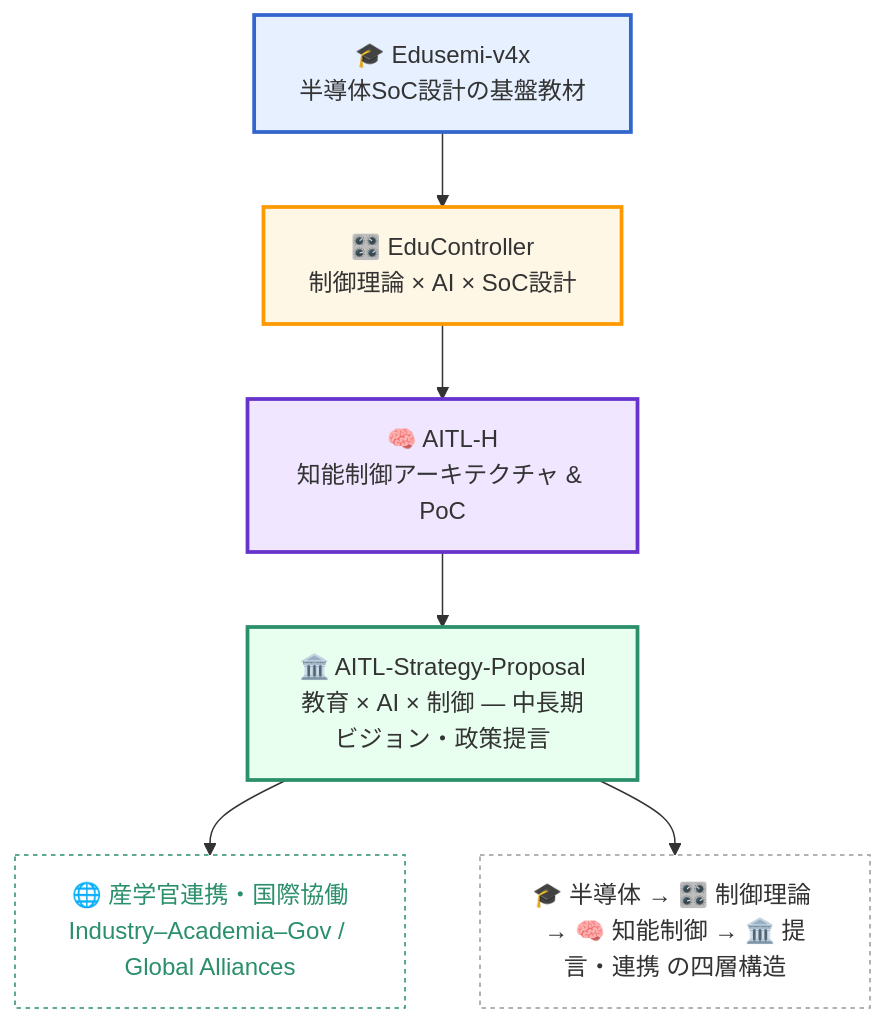
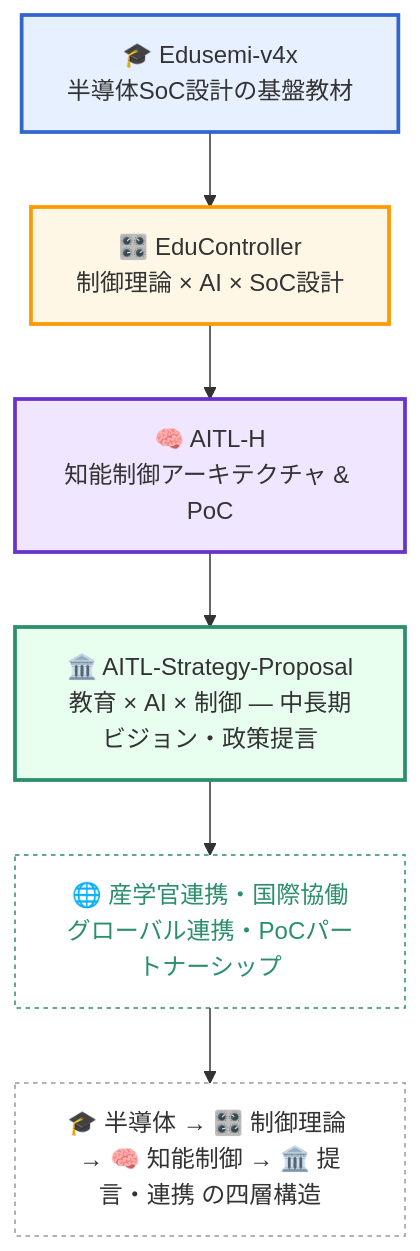
The diagram in index.md (Samizo-AITL/Samizo-AITL.github.io), drawn with Mermaid before and after one commit.

````diff
--- a/index.md
+++ b/index.md
@@ -88,21 +88,21 @@
 ```mermaid
 flowchart TD
     A[🎓 Edusemi-v4x<br/>半導体SoC設計の基盤教材] 
         --> B[🎛️ EduController<br/>制御理論 × AI × SoC設計] 
         --> C[🧠 AITL-H<br/>知能制御アーキテクチャ & PoC]
         --> D[🏛️ AITL-Strategy-Proposal<br/>教育 × AI × 制御 ― 中長期ビジョン・政策提言]
 
-    D --> E[🌐 産学官連携・国際協働<br/>Industry–Academia–Gov / Global Alliances]
+    D --> E[🌐 産学官連携・国際協働<br/>グローバル連携・PoCパートナーシップ]
 
     %% スタイル
     style A fill:#e6f0ff,stroke:#3366cc,stroke-width:2.5px
     style B fill:#fff7e6,stroke:#ff9900,stroke-width:2.5px
     style C fill:#f0e6ff,stroke:#6633cc,stroke-width:2.5px
     style D fill:#e8fff0,stroke:#2a8f6a,stroke-width:2.5px
     style E fill:#ffffff,stroke:#2a8f6a,stroke-dasharray:3 3,color:#2a8f6a
 
     %% 注釈
     classDef note fill:#ffffff,stroke:#999,stroke-dasharray:3 3,color:#333;
     N["🎓 半導体 → 🎛️ 制御理論 → 🧠 知能制御 → 🏛️ 提言・連携 の四層構造"]:::note
-    D --> N
+    E --> N
 ```
````
